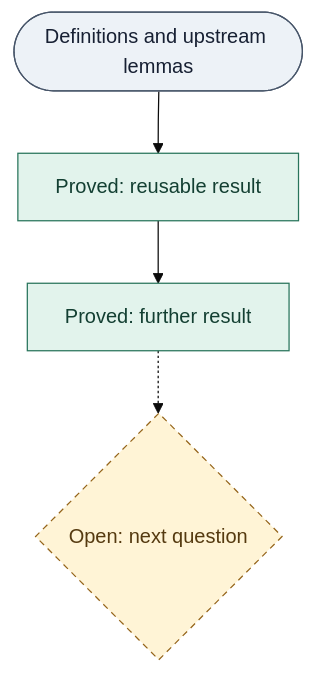
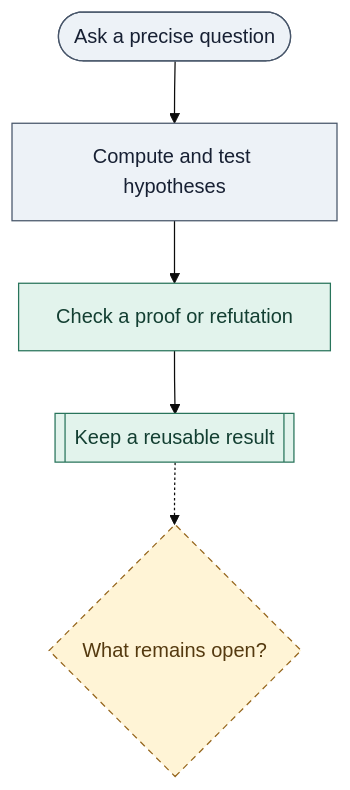
One commit to the-omega-institute/trureturing changed the diagram in README.md. Above: the diagram before and after it, drawn with Mermaid (base theme). The commit also changed other lines of this file, not shown here.

````diff
--- a/README.md
+++ b/README.md
@@ -33,14 +86,15 @@
 ```mermaid
 flowchart TD
-    accTitle: A growing ledger of proofs
-    accDescr: Established premises support proved results. A dashed edge leads to an open question.
-    A([Definitions and upstream lemmas]) --> B[Proved: reusable result]
-    B --> C[Proved: further result]
-    C -.-> Q{Open: next question}
+    accTitle: From inquiry to reusable knowledge and the next question
+    accDescr: Ask a question, compute and test hypotheses, check a proof or refutation, and keep a reusable result. A dashed arrow leads to the next open question.
+    Q([Ask a precise question]) --> T[Compute and test hypotheses]
+    T --> P[Check a proof or refutation]
+    P --> R[[Keep a reusable result]]
+    R -.-> N{What remains open?}
     classDef foundation fill:#edf2f7,stroke:#475569,color:#172033
     classDef proved fill:#e2f3ec,stroke:#28745b,color:#133f32
     classDef frontier fill:#fff4d6,stroke:#95651b,color:#553a10,stroke-dasharray:5 4
-    class A foundation
-    class B,C proved
-    class Q frontier
+    class Q,T foundation
+    class P,R proved
+    class N frontier
 ```
````
